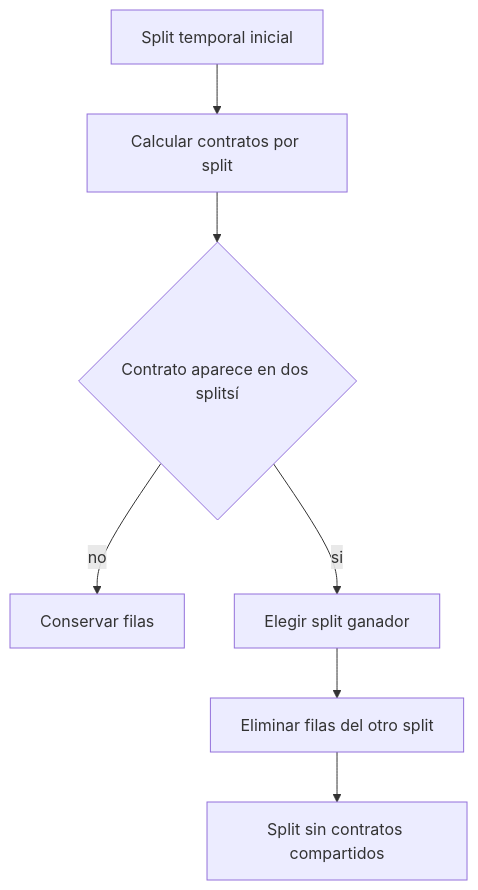
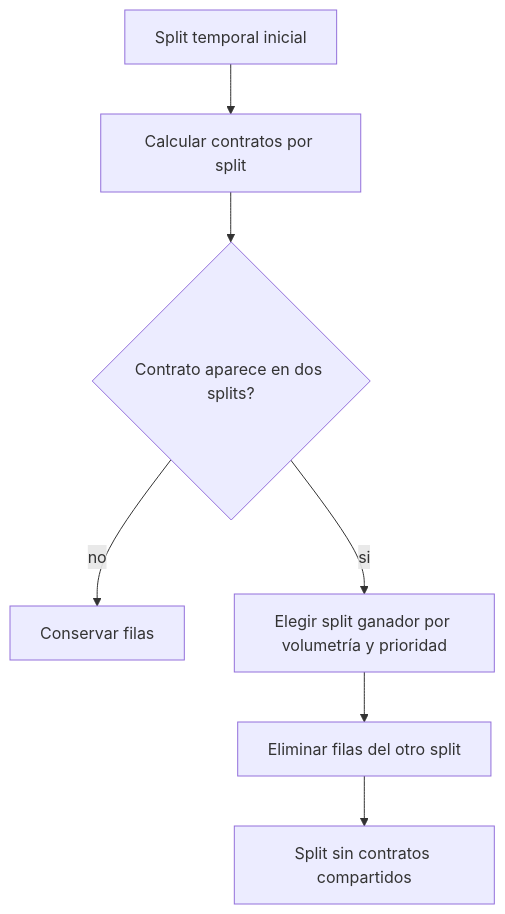
Before and after one commit to epiblasfunds/options-pricing: the second of 3 diagrams in doc/docs/models/splits-kfolds.md, drawn with Mermaid. The commit also changed other lines of this file and 59 other files, not shown here.

````diff
--- a/doc/docs/models/splits-kfolds.md
+++ b/doc/docs/models/splits-kfolds.md
@@ -33,9 +37,9 @@
 ```mermaid
 flowchart TD
     A[Split temporal inicial] --> B[Calcular contratos por split]
-    B --> C{Contrato aparece en dos splitsí}
+    B --> C{Contrato aparece en dos splits?}
     C -->|no| D[Conservar filas]
-    C -->|si| E[Elegir split ganador]
+    C -->|si| E[Elegir split ganador por volumetría y prioridad]
     E --> F[Eliminar filas del otro split]
     F --> G[Split sin contratos compartidos]
 ```
````
